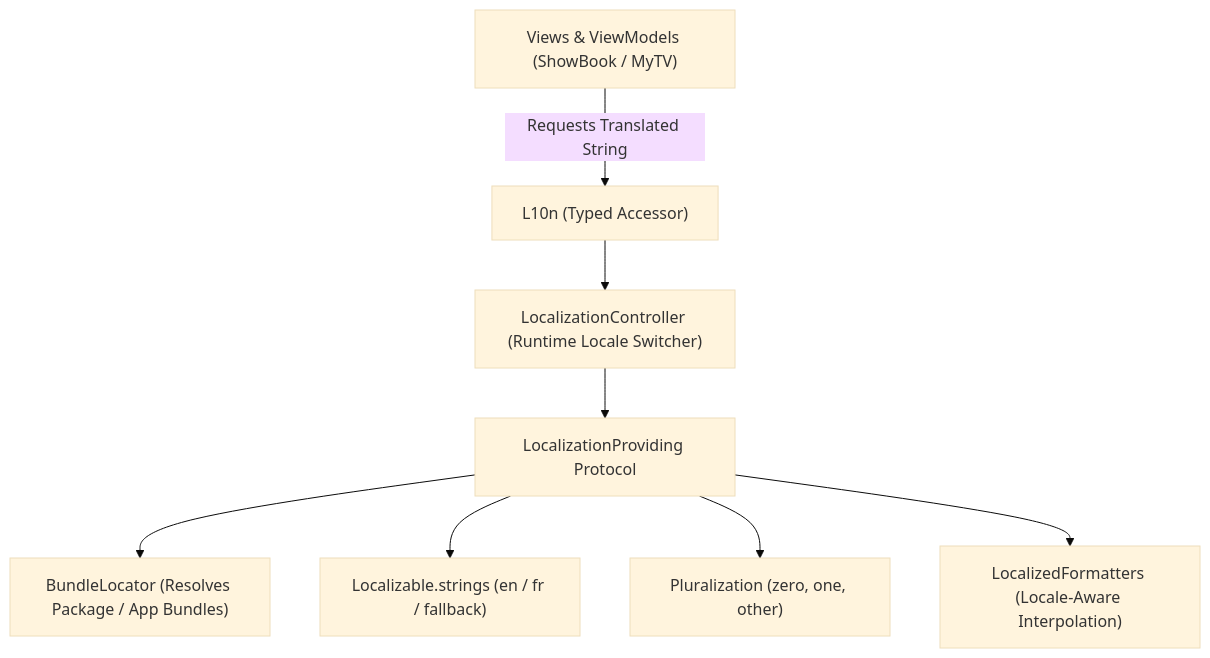
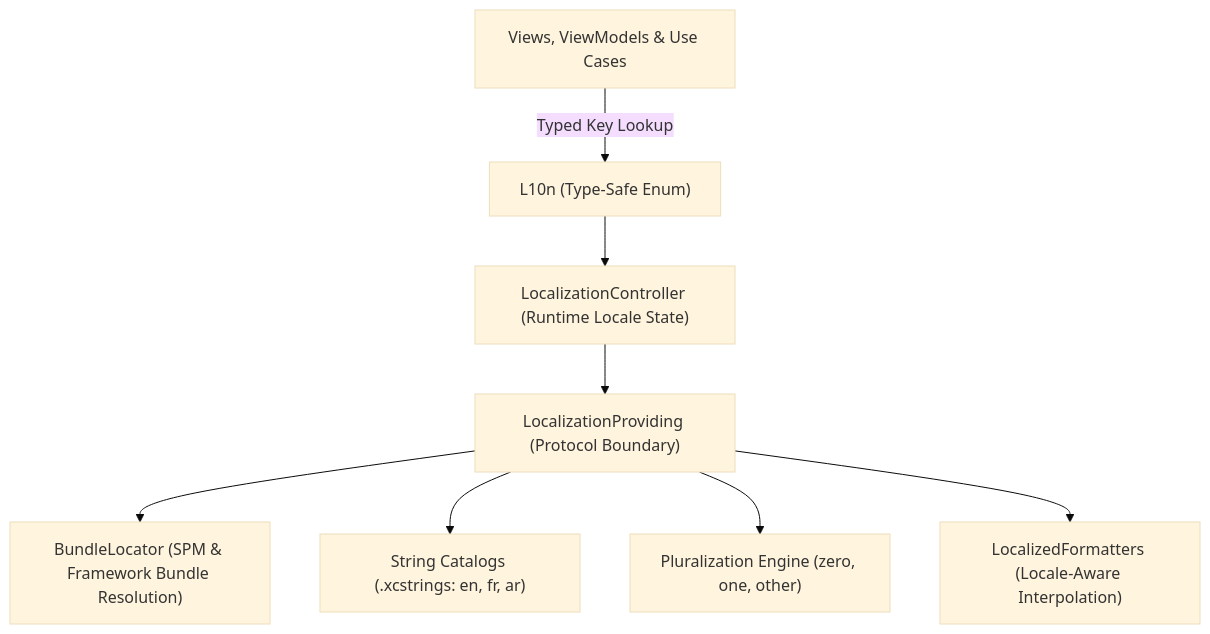
One commit to Anurag-Chourasia/LocalizationKit changed the first of 2 diagrams in README.md. Above: the diagram before and after it, drawn with Mermaid (base theme). The commit also changed other lines of this file, not shown here.

Commit message:
IOS-85 | Overhaul LocalizationKit README with architecture, string catalogs, and ecosystem connectivity

````diff
--- a/README.md
+++ b/README.md
@@ -16,10 +31,10 @@
 ```mermaid
 flowchart TD
-    Consumer["Views & ViewModels (ShowBook / MyTV)"] -->|Requests Translated String| L10n["L10n (Typed Accessor)"]
-    L10n --> Controller["LocalizationController (Runtime Locale Switcher)"]
-    Controller --> Provider["LocalizationProviding Protocol"]
-    Provider --> Bundle["BundleLocator (Resolves Package / App Bundles)"]
-    Provider --> Strings["Localizable.strings (en / fr / fallback)"]
-    Provider --> Plural["Pluralization (zero, one, other)"]
+    Consumer["Views, ViewModels & Use Cases"] -->|Typed Key Lookup| L10n["L10n (Type-Safe Enum)"]
+    L10n --> Controller["LocalizationController (Runtime Locale State)"]
+    Controller --> Provider["LocalizationProviding (Protocol Boundary)"]
+    Provider --> Bundle["BundleLocator (SPM & Framework Bundle Resolution)"]
+    Provider --> Catalogs["String Catalogs (.xcstrings: en, fr, ar)"]
+    Provider --> Plural["Pluralization Engine (zero, one, other)"]
     Provider --> Formatters["LocalizedFormatters (Locale-Aware Interpolation)"]
 ```
````
